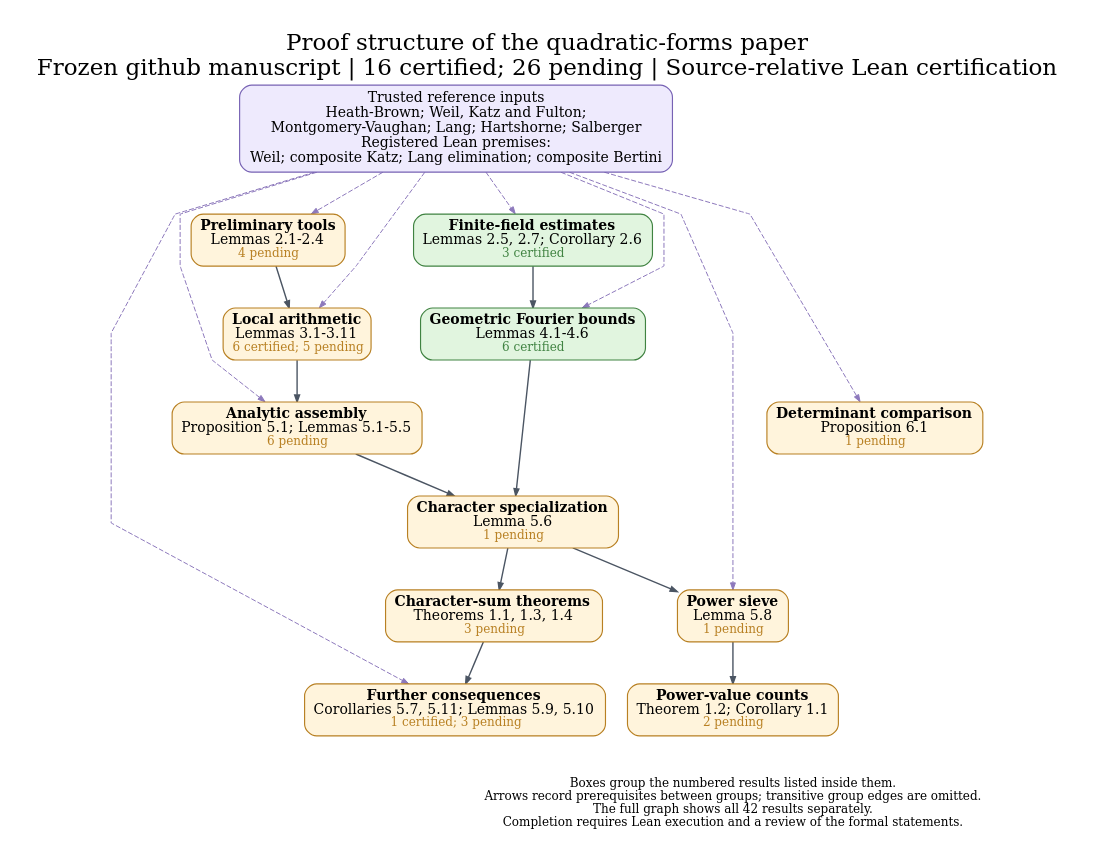
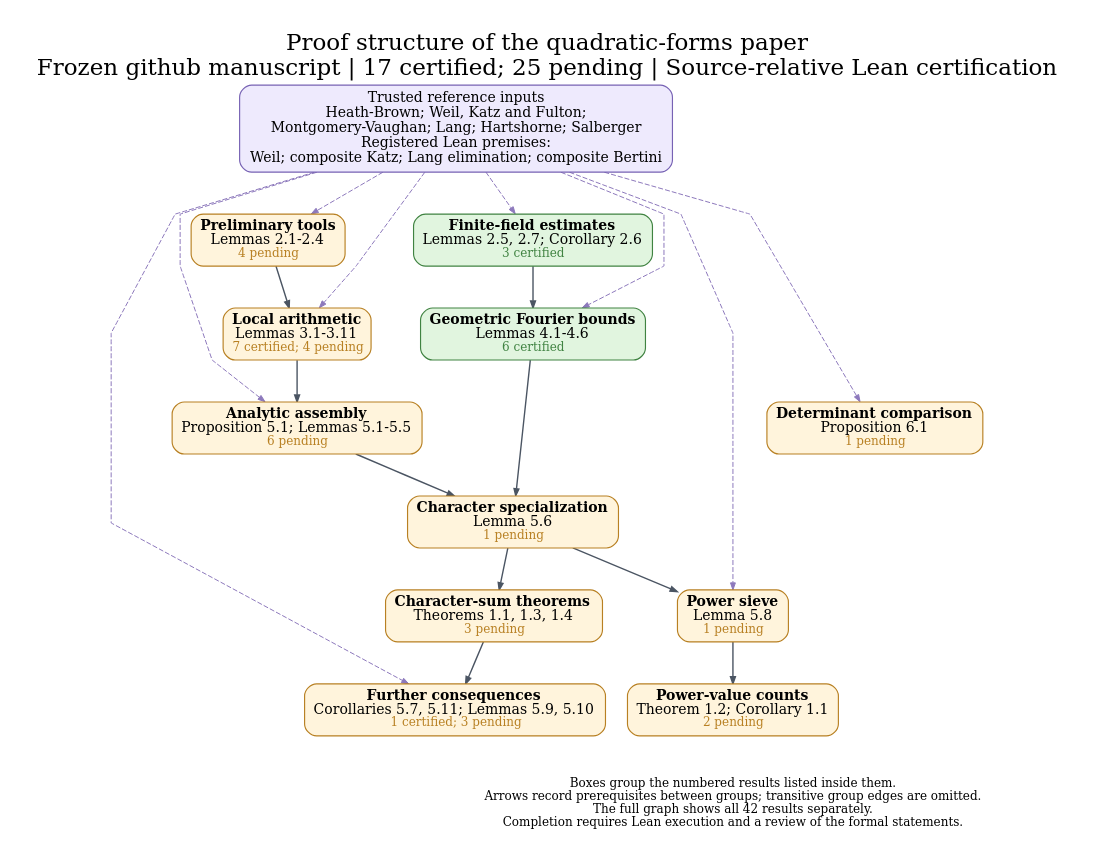
Before and after one commit to nicolasrobles/quaternary-quadratic-forms: the diagram in docs/dependency_overview.dot, drawn with Graphviz. The commit also changed 35 other files, not shown here.

```diff
--- a/docs/dependency_overview.dot
+++ b/docs/dependency_overview.dot
@@ -1,43 +1,43 @@
 digraph Overview {
 graph [rankdir=TB, newrank=true, compound=true, outputorder=edgesfirst,
   bgcolor="white", fontname="DejaVu Serif", fontsize=23, labelloc=t,
-  label="Proof structure of the quadratic-forms paper\nFrozen github manuscript | 16 certified; 26 pending | Source-relative Lean certification",
+  label="Proof structure of the quadratic-forms paper\nFrozen github manuscript | 17 certified; 25 pending | Source-relative Lean certification",
   nodesep=0.30, ranksep=0.58, pad=0.28, splines=polyline];
 node [shape=box, style="rounded,filled", fillcolor="#fff4dc", color="#b88023",
   fontname="DejaVu Serif", fontsize=14, penwidth=1.15, margin="0.12,0.09"];
 edge [color="#4b5563", arrowsize=0.70, penwidth=1.05];
 sources [label="Trusted reference inputs\nHeath-Brown; Weil, Katz and Fulton;\nMontgomery-Vaughan; Lang; Hartshorne; Salberger\nRegistered Lean premises:\nWeil; composite Katz; Lang elimination; composite Bertini", fillcolor="#eeeafd", color="#7762b4", fontsize=14];
 "prelim" [label=<<B>Preliminary tools</B><BR/>Lemmas 2.1-2.4<BR/><FONT POINT-SIZE="12" COLOR="#b88023">4 pending</FONT>>, fillcolor="#fff4dc", color="#b88023", URL="https://github.com/nicolasrobles/quaternary-quadratic-forms/blob/main/INVENTORY.md", target="_blank"];
 "finite" [label=<<B>Finite-field estimates</B><BR/>Lemmas 2.5, 2.7; Corollary 2.6<BR/><FONT POINT-SIZE="12" COLOR="#408342">3 certified</FONT>>, fillcolor="#e1f5df", color="#408342", URL="https://github.com/nicolasrobles/quaternary-quadratic-forms/blob/main/INVENTORY.md", target="_blank"];
-"local" [label=<<B>Local arithmetic</B><BR/>Lemmas 3.1-3.11<BR/><FONT POINT-SIZE="12" COLOR="#b88023">6 certified; 5 pending</FONT>>, fillcolor="#fff4dc", color="#b88023", URL="https://github.com/nicolasrobles/quaternary-quadratic-forms/blob/main/INVENTORY.md", target="_blank"];
+"local" [label=<<B>Local arithmetic</B><BR/>Lemmas 3.1-3.11<BR/><FONT POINT-SIZE="12" COLOR="#b88023">7 certified; 4 pending</FONT>>, fillcolor="#fff4dc", color="#b88023", URL="https://github.com/nicolasrobles/quaternary-quadratic-forms/blob/main/INVENTORY.md", target="_blank"];
 "fourier" [label=<<B>Geometric Fourier bounds</B><BR/>Lemmas 4.1-4.6<BR/><FONT POINT-SIZE="12" COLOR="#408342">6 certified</FONT>>, fillcolor="#e1f5df", color="#408342", URL="https://github.com/nicolasrobles/quaternary-quadratic-forms/blob/main/INVENTORY.md", target="_blank"];
 "analytic" [label=<<B>Analytic assembly</B><BR/>Proposition 5.1; Lemmas 5.1-5.5<BR/><FONT POINT-SIZE="12" COLOR="#b88023">6 pending</FONT>>, fillcolor="#fff4dc", color="#b88023", URL="https://github.com/nicolasrobles/quaternary-quadratic-forms/blob/main/INVENTORY.md", target="_blank"];
 "characters" [label=<<B>Character specialization</B><BR/>Lemma 5.6<BR/><FONT POINT-SIZE="12" COLOR="#b88023">1 pending</FONT>>, fillcolor="#fff4dc", color="#b88023", URL="https://github.com/nicolasrobles/quaternary-quadratic-forms/blob/main/INVENTORY.md", target="_blank"];
 "sieve" [label=<<B>Power sieve</B><BR/>Lemma 5.8<BR/><FONT POINT-SIZE="12" COLOR="#b88023">1 pending</FONT>>, fillcolor="#fff4dc", color="#b88023", URL="https://github.com/nicolasrobles/quaternary-quadratic-forms/blob/main/INVENTORY.md", target="_blank"];
 "consequences" [label=<<B>Further consequences</B><BR/>Corollaries 5.7, 5.11; Lemmas 5.9, 5.10<BR/><FONT POINT-SIZE="12" COLOR="#b88023">1 certified; 3 pending</FONT>>, fillcolor="#fff4dc", color="#b88023", URL="https://github.com/nicolasrobles/quaternary-quadratic-forms/blob/main/INVENTORY.md", target="_blank"];
 "maincharacters" [label=<<B>Character-sum theorems</B><BR/>Theorems 1.1, 1.3, 1.4<BR/><FONT POINT-SIZE="12" COLOR="#b88023">3 pending</FONT>>, fillcolor="#fff4dc", color="#b88023", URL="https://github.com/nicolasrobles/quaternary-quadratic-forms/blob/main/INVENTORY.md", target="_blank"];
 "mainpowers" [label=<<B>Power-value counts</B><BR/>Theorem 1.2; Corollary 1.1<BR/><FONT POINT-SIZE="12" COLOR="#b88023">2 pending</FONT>>, fillcolor="#fff4dc", color="#b88023", URL="https://github.com/nicolasrobles/quaternary-quadratic-forms/blob/main/INVENTORY.md", target="_blank"];
 "fixed" [label=<<B>Determinant comparison</B><BR/>Proposition 6.1<BR/><FONT POINT-SIZE="12" COLOR="#b88023">1 pending</FONT>>, fillcolor="#fff4dc", color="#b88023", URL="https://github.com/nicolasrobles/quaternary-quadratic-forms/blob/main/INVENTORY.md", target="_blank"];
 "analytic" -> "characters" [penwidth=1.4];
 "characters" -> "maincharacters" [penwidth=1.4];
 "characters" -> "sieve" [penwidth=1.4];
 "finite" -> "fourier" [penwidth=1.4];
 "fourier" -> "characters" [penwidth=1.4];
 "local" -> "analytic" [penwidth=1.4];
 "maincharacters" -> "consequences" [penwidth=1.4];
 "prelim" -> "local" [penwidth=1.4];
 "sieve" -> "mainpowers" [penwidth=1.4];
 sources -> "analytic" [style=dashed, color="#8d79bc", penwidth=1.0];
 sources -> "consequences" [style=dashed, color="#8d79bc", penwidth=1.0];
 sources -> "finite" [style=dashed, color="#8d79bc", penwidth=1.0];
 sources -> "fixed" [style=dashed, color="#8d79bc", penwidth=1.0];
 sources -> "fourier" [style=dashed, color="#8d79bc", penwidth=1.0];
 sources -> "local" [style=dashed, color="#8d79bc", penwidth=1.0];
 sources -> "prelim" [style=dashed, color="#8d79bc", penwidth=1.0];
 sources -> "sieve" [style=dashed, color="#8d79bc", penwidth=1.0];
 legend [shape=plain, style="", label="Boxes group the numbered results listed inside them.\nArrows record prerequisites between groups; transitive group edges are omitted.\nThe full graph shows all 42 results separately.\nCompletion requires Lean execution and a review of the formal statements.", fontsize=12];
 {rank=sink; legend;}
 "consequences" -> legend [style=invis];
 "fixed" -> legend [style=invis];
 "mainpowers" -> legend [style=invis];
 }
```
